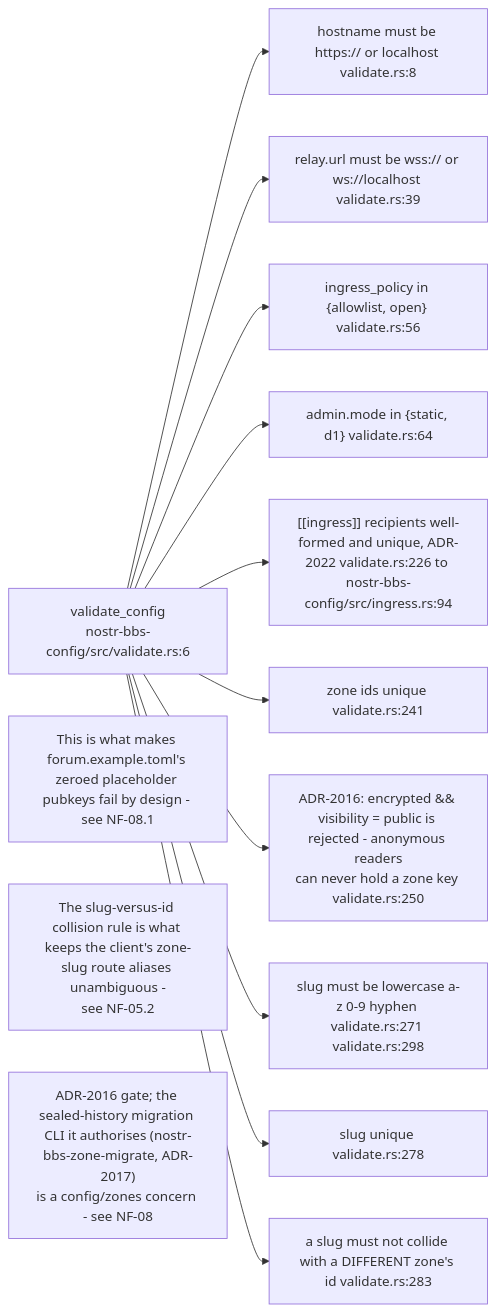
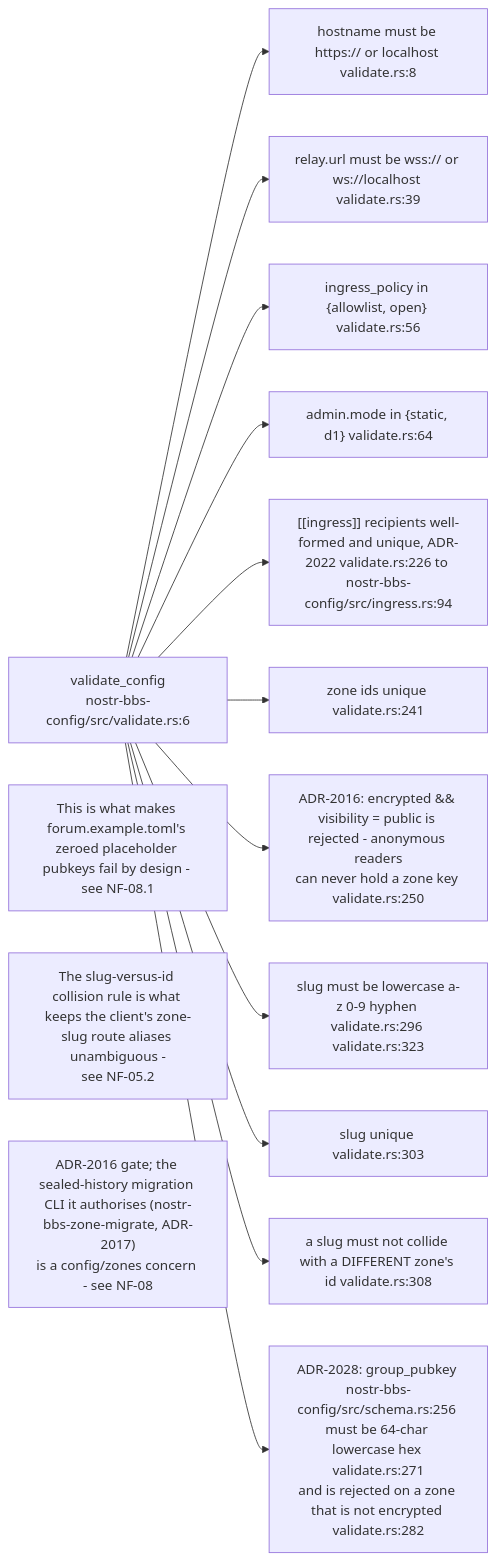
The fourth of 9 diagrams in docs/diagrams/nostr-rust-forum/09-ci-deploy-canary-and-validation.md (DreamLab-AI/VisionFlow), drawn with Mermaid before and after one commit. The commit also changed other lines of this file, not shown here.

Commit message:
docs(diagrams): NF-09 re-verified at nostr-rust-forum af4f0d5 (chrono exception, group_pubkey validation)

````diff
--- a/docs/diagrams/nostr-rust-forum/09-ci-deploy-canary-and-validation.md
+++ b/docs/diagrams/nostr-rust-forum/09-ci-deploy-canary-and-validation.md
@@ -130,20 +130,21 @@
 ```mermaid
 flowchart LR
     V["validate_config<br/>nostr-bbs-config/src/validate.rs:6"]
     H["hostname must be https:// or localhost validate.rs:8"]
     R["relay.url must be wss:// or ws://localhost validate.rs:39"]
     I["ingress_policy in {allowlist, open} validate.rs:56"]
     A["admin.mode in {static, d1} validate.rs:64"]
     ING["[[ingress]] recipients well-formed and unique, ADR-2022 validate.rs:226 to nostr-bbs-config/src/ingress.rs:94"]
     Z1["zone ids unique validate.rs:241"]
     ENC["ADR-2016: encrypted && visibility = public is rejected - anonymous readers<br/>can never hold a zone key validate.rs:250"]
-    Z2["slug must be lowercase a-z 0-9 hyphen validate.rs:271 validate.rs:298"]
-    Z3["slug unique validate.rs:278"]
-    Z4["a slug must not collide with a DIFFERENT zone's id validate.rs:283"]
+    Z2["slug must be lowercase a-z 0-9 hyphen validate.rs:296 validate.rs:323"]
+    Z3["slug unique validate.rs:303"]
+    Z4["a slug must not collide with a DIFFERENT zone's id validate.rs:308"]
+    GP["ADR-2028: group_pubkey nostr-bbs-config/src/schema.rs:256 must be 64-char lowercase hex validate.rs:271<br/>and is rejected on a zone that is not encrypted validate.rs:282"]
 
-    V --> H & R & I & A & ING & Z1 & ENC & Z2 & Z3 & Z4
+    V --> H & R & I & A & ING & Z1 & ENC & Z2 & Z3 & Z4 & GP
 
     N1["This is what makes forum.example.toml's zeroed placeholder pubkeys fail by design - see NF-08.1"]
     N2["The slug-versus-id collision rule is what keeps the client's zone-slug route aliases unambiguous -<br/>see NF-05.2"]
     N3["ADR-2016 gate; the sealed-history migration CLI it authorises (nostr-bbs-zone-migrate, ADR-2017)<br/>is a config/zones concern - see NF-08"]
 ```
````
